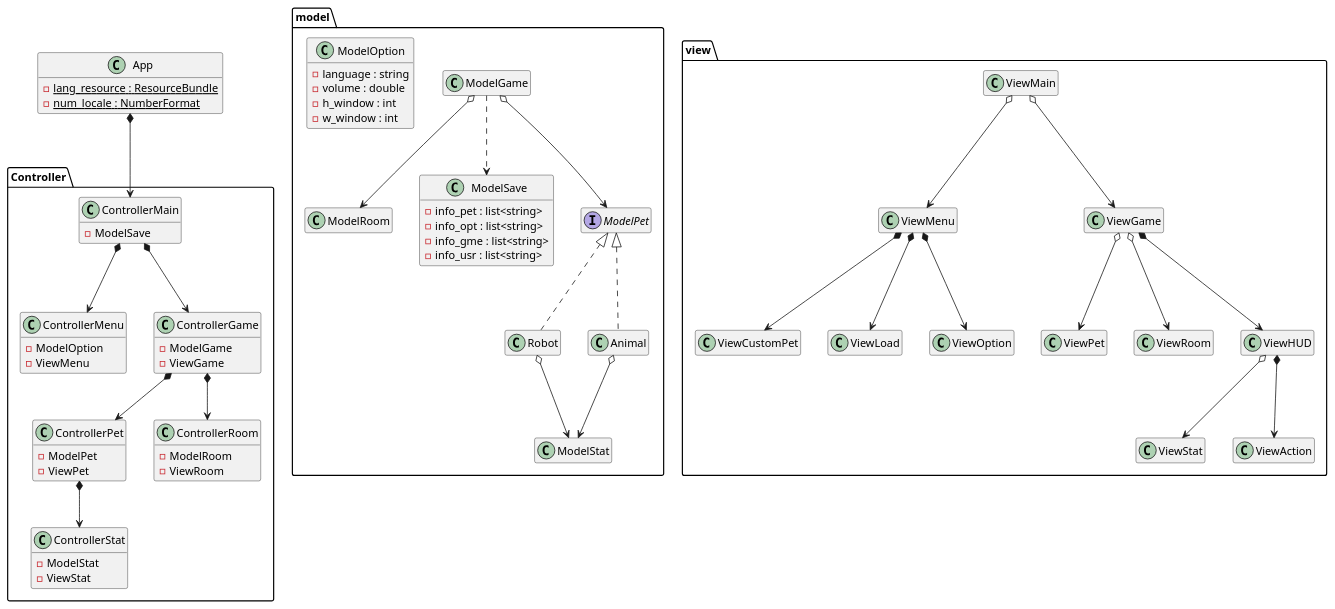
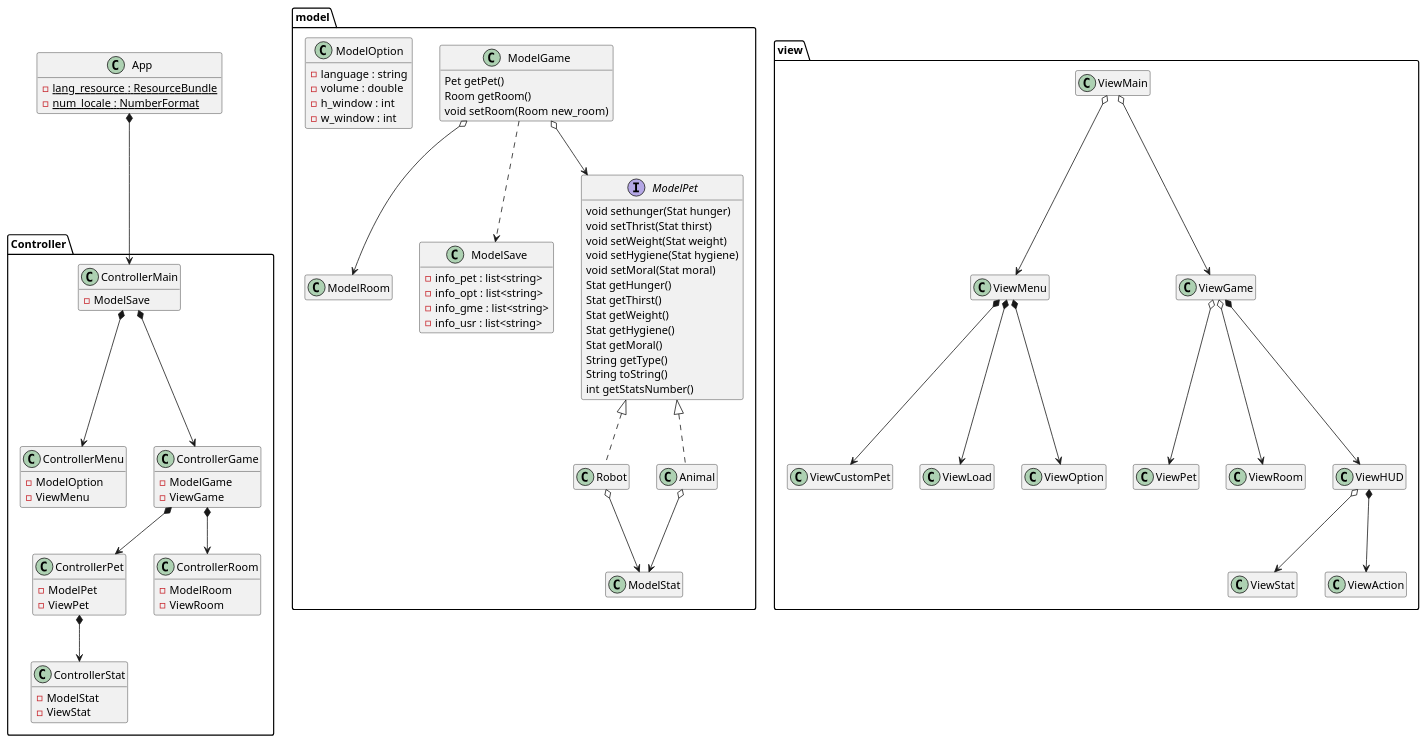
Before and after one commit to 83NJAM1/Tamagotchi: the diagram in diagrams/diagram-class.puml, drawn with PlantUML.

```diff
--- a/diagrams/diagram-class.puml
+++ b/diagrams/diagram-class.puml
@@ -1,116 +1,134 @@
 @startuml
 
 hide empty attributes
 hide empty methods
 
 class App {
 	-{static}lang_resource : ResourceBundle
 	-{static}num_locale : NumberFormat
 }
 
 /' plus utilisé ; mais pourrait l'être à nouveau
 package lang {
 	abstract class Lang {
 		+ {method} {static} getLang() : Lang
 		+ {method} {static} setLang( newInst : Lang )
 	}
 	
 	class Fr
 	Class En
 	
 	Lang <|-- Fr
 	Lang <|-- En
 }
 '/
 
 package model {
     class ModelRoom
-    class ModelGame
+    class ModelGame{
+        Pet getPet()
+        Room getRoom()
+        void setRoom(Room new_room)
+    }
     class ModelStat
     class ModelOption {
     	-language : string
 	    -volume : double
 	    -h_window : int
 	    -w_window : int
     }
     class ModelSave {
     	-info_pet : list<string>
     	-info_opt : list<string>
     	-info_gme : list<string>
     	-info_usr : list<string>
     }
-    interface ModelPet
+    interface ModelPet{
+        void sethunger(Stat hunger)
+        void setThrist(Stat thirst)
+        void setWeight(Stat weight)
+        void setHygiene(Stat hygiene)
+        void setMoral(Stat moral)
+        Stat getHunger()
+        Stat getThirst()
+        Stat getWeight()
+        Stat getHygiene()
+        Stat getMoral()
+        String getType()
+        String toString()
+        int getStatsNumber()
+    }
     class Robot
     class Animal
     
     ModelPet <|.. Robot
     ModelPet <|.. Animal
     Animal o--> ModelStat
     Robot o--> ModelStat
     ModelGame o--> ModelPet
     ModelGame o--> ModelRoom
     ModelGame ..> ModelSave
 }
 
 package view {
 	class ViewMain
     class ViewPet
     class ViewRoom
     class ViewStat
     class ViewMenu
     class ViewCustomPet
     class ViewLoad
     class ViewAction
     class ViewOption
     class ViewGame
     class ViewHUD
     
     ViewMain o--> ViewGame
     ViewMain o--> ViewMenu
     ViewMenu *--> ViewOption
     ViewMenu *--> ViewCustomPet
     ViewMenu *--> ViewLoad
     ViewGame *--> ViewHUD
     ViewHUD  *--> ViewAction
     ViewHUD  o--> ViewStat
     ViewGame o--> ViewRoom
     ViewGame o--> ViewPet
 }
 
 package Controller {
     class ControllerMain {
     	-ModelSave
     }
     
     class ControllerPet {
         -ModelPet
         -ViewPet
     }
     class ControllerRoom {
         -ModelRoom
         -ViewRoom
     }
     class ControllerStat {
         -ModelStat
         -ViewStat
     }
     class ControllerMenu {
         -ModelOption
         -ViewMenu
     }
     class ControllerGame {
         -ModelGame
         -ViewGame
     }
     
     ControllerPet *--> ControllerStat
     ControllerGame *--> ControllerPet
     ControllerGame *--> ControllerRoom
     ControllerMain *--> ControllerGame 
     ControllerMain *--> ControllerMenu
     
 }
 
 App *--> ControllerMain
 
 @enduml
```
